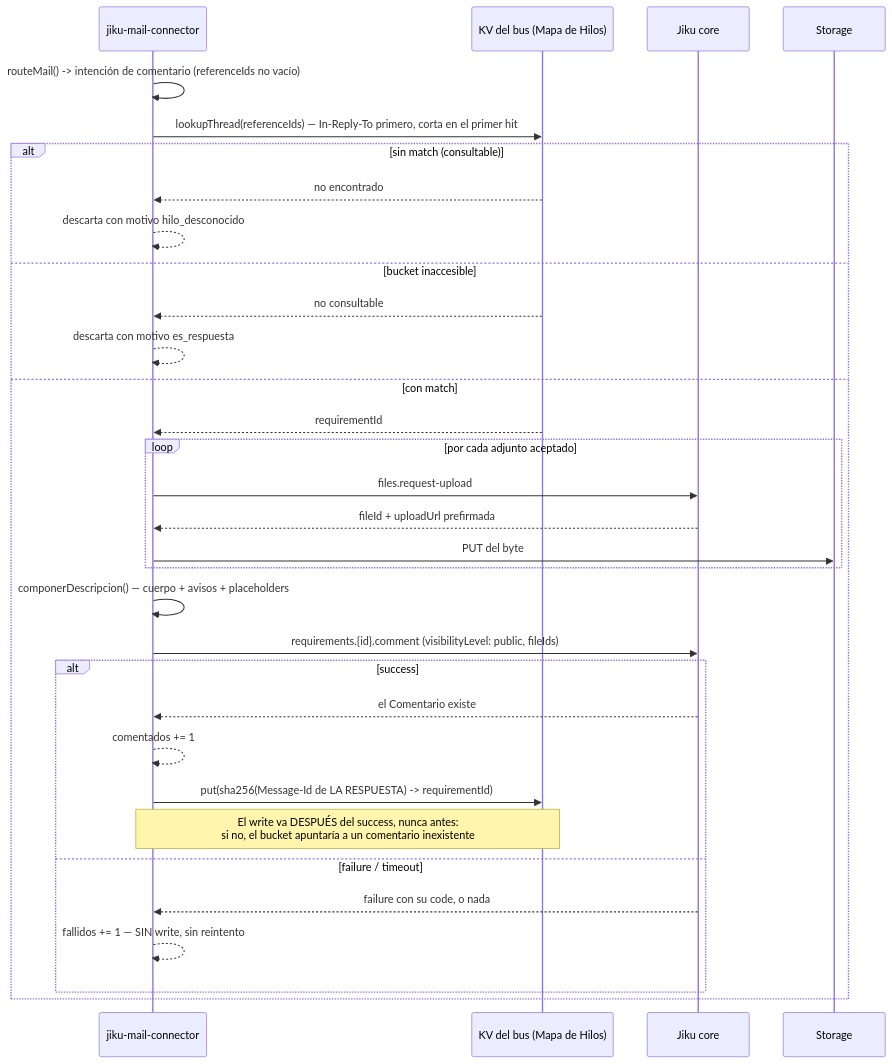
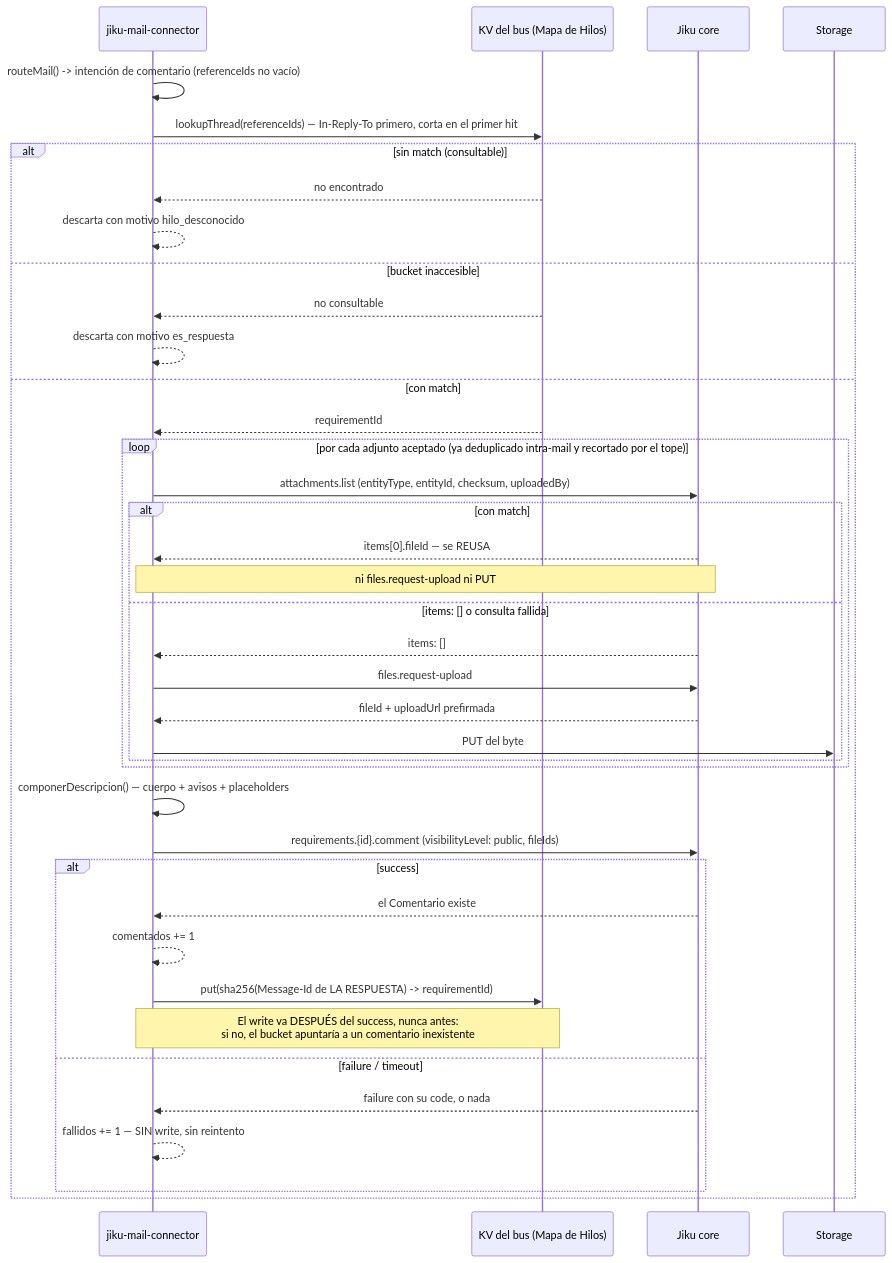
Before and after one commit to gravadigital/jiku-email-tickets: the diagram in docs/flows/publicacion-requirements-comment.md, drawn with Mermaid. The commit also changed other lines of this file and 11 other files, not shown here.

````diff
--- a/docs/flows/publicacion-requirements-comment.md
+++ b/docs/flows/publicacion-requirements-comment.md
@@ -53,35 +55,42 @@
 ```mermaid
 sequenceDiagram
     participant MC as jiku-mail-connector
     participant KV as KV del bus (Mapa de Hilos)
     participant CORE as Jiku core
     participant S3 as Storage
 
     MC->>MC: routeMail() -> intención de comentario (referenceIds no vacío)
     MC->>KV: lookupThread(referenceIds) — In-Reply-To primero, corta en el primer hit
     alt sin match (consultable)
         KV-->>MC: no encontrado
         MC-->>MC: descarta con motivo hilo_desconocido
     else bucket inaccesible
         KV-->>MC: no consultable
         MC-->>MC: descarta con motivo es_respuesta
     else con match
         KV-->>MC: requirementId
-        loop por cada adjunto aceptado
-            MC->>CORE: files.request-upload
-            CORE-->>MC: fileId + uploadUrl prefirmada
-            MC->>S3: PUT del byte
+        loop por cada adjunto aceptado (ya deduplicado intra-mail y recortado por el tope)
+            MC->>CORE: attachments.list (entityType, entityId, checksum, uploadedBy)
+            alt con match
+                CORE-->>MC: items[0].fileId — se REUSA
+                Note over MC,CORE: ni files.request-upload ni PUT
+            else items: [] o consulta fallida
+                CORE-->>MC: items: []
+                MC->>CORE: files.request-upload
+                CORE-->>MC: fileId + uploadUrl prefirmada
+                MC->>S3: PUT del byte
+            end
         end
         MC->>MC: componerDescripcion() — cuerpo + avisos + placeholders
         MC->>CORE: requirements.{id}.comment (visibilityLevel: public, fileIds)
         alt success
             CORE-->>MC: el Comentario existe
             MC-->>MC: comentados += 1
             MC->>KV: put(sha256(Message-Id de LA RESPUESTA) -> requirementId)
             Note over MC,KV: El write va DESPUÉS del success, nunca antes:<br/>si no, el bucket apuntaría a un comentario inexistente
         else failure / timeout
             CORE-->>MC: failure con su code, o nada
             MC-->>MC: fallidos += 1 — SIN write, sin reintento
         end
     end
 ```
````
